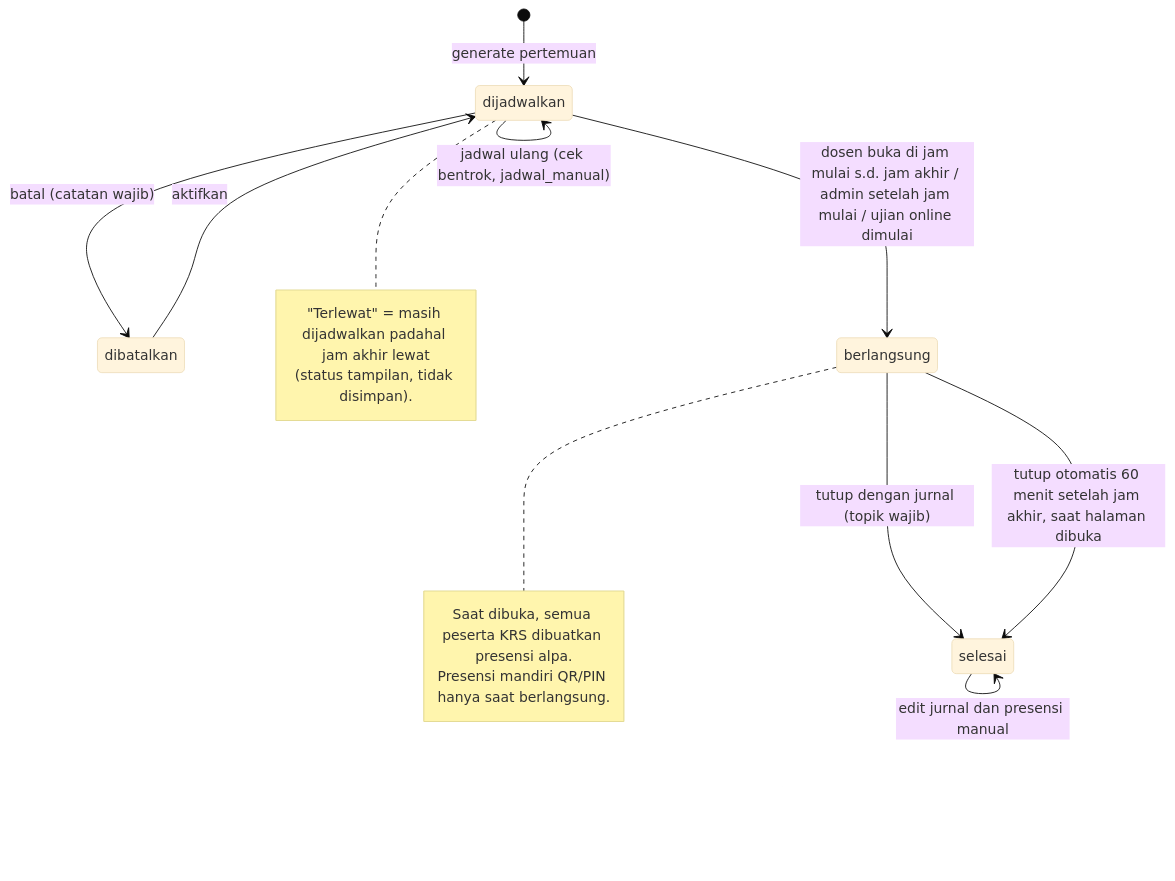
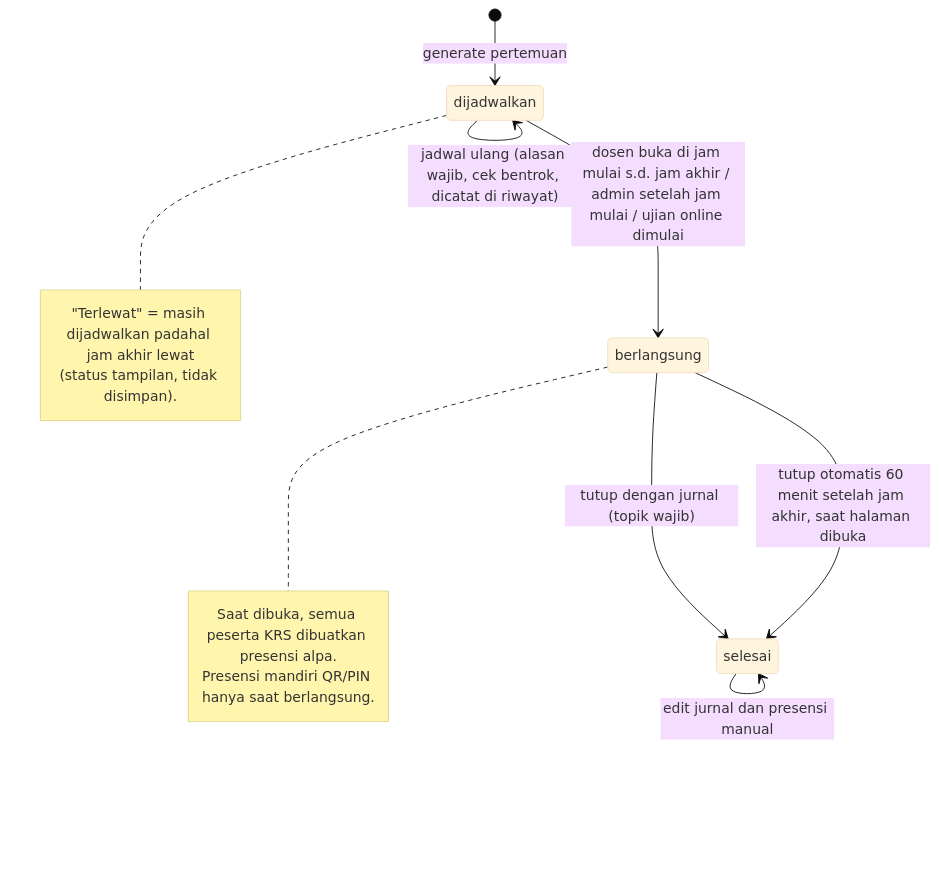
One commit to Velocity-Developer/sia-vd changed the ninth of 27 diagrams in docs/system-flowchart.md. Above: the diagram before and after it, drawn with Mermaid (base theme). The commit also changed other lines of this file and 2 other files, not shown here.

Commit message:
docs: pertemuan dijadwal ulang per pertemuan, PD-7 selesai

````diff
--- a/docs/system-flowchart.md
+++ b/docs/system-flowchart.md
@@ -289,19 +292,17 @@
 ```mermaid
 stateDiagram-v2
     [*] --> dijadwalkan: generate pertemuan
-    dijadwalkan --> dijadwalkan: jadwal ulang (cek bentrok, jadwal_manual)
-    dijadwalkan --> dibatalkan: batal (catatan wajib)
-    dibatalkan --> dijadwalkan: aktifkan
+    dijadwalkan --> dijadwalkan: jadwal ulang (alasan wajib, cek bentrok, dicatat di riwayat)
     dijadwalkan --> berlangsung: dosen buka di jam mulai s.d. jam akhir / admin setelah jam mulai / ujian online dimulai
     berlangsung --> selesai: tutup dengan jurnal (topik wajib)
     berlangsung --> selesai: tutup otomatis 60 menit setelah jam akhir, saat halaman dibuka
     selesai --> selesai: edit jurnal dan presensi manual
     note right of berlangsung
         Saat dibuka, semua peserta KRS dibuatkan presensi alpa.
         Presensi mandiri QR/PIN hanya saat berlangsung.
     end note
     note right of dijadwalkan
         "Terlewat" = masih dijadwalkan padahal jam akhir lewat
         (status tampilan, tidak disimpan).
     end note
 ```
````
